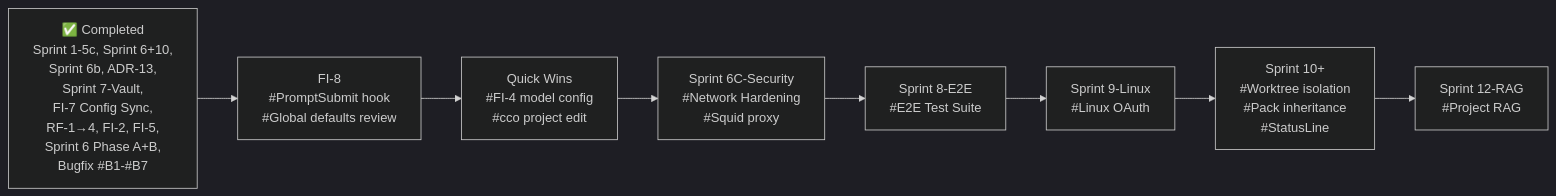
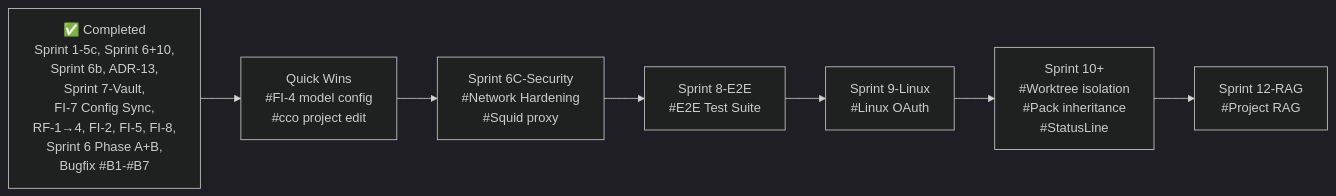
One commit to alergyonthestage/claude-orchestrator changed the diagram in docs/maintainer/decisions/roadmap.md. Above: the diagram before and after it, drawn with Mermaid (dark theme). The commit also changed other lines of this file and 11 other files, not shown here.

First line of the commit message:
feat(hooks): add UserPromptSubmit hook and documentation-first rule (FI-8)

````diff
--- a/docs/maintainer/decisions/roadmap.md
+++ b/docs/maintainer/decisions/roadmap.md
@@ -48,20 +47,18 @@
 ```mermaid
 graph LR
-    DONE["✅ Completed<br/>Sprint 1-5c, Sprint 6+10,<br/>Sprint 6b, ADR-13,<br/>Sprint 7-Vault,<br/>FI-7 Config Sync,<br/>RF-1→4, FI-2, FI-5,<br/>Sprint 6 Phase A+B,<br/>Bugfix #B1-#B7"]
+    DONE["✅ Completed<br/>Sprint 1-5c, Sprint 6+10,<br/>Sprint 6b, ADR-13,<br/>Sprint 7-Vault,<br/>FI-7 Config Sync,<br/>RF-1→4, FI-2, FI-5, FI-8,<br/>Sprint 6 Phase A+B,<br/>Bugfix #B1-#B7"]
 
-    FI8["FI-8<br/>#PromptSubmit hook<br/>#Global defaults review"]
     QW["Quick Wins<br/>#FI-4 model config<br/>#cco project edit"]
     S6S["Sprint 6C-Security<br/>#Network Hardening<br/>#Squid proxy"]
     S8E["Sprint 8-E2E<br/>#E2E Test Suite"]
     S9L["Sprint 9-Linux<br/>#Linux OAuth"]
     S10["Sprint 10+<br/>#Worktree isolation<br/>#Pack inheritance<br/>#StatusLine"]
     S12R["Sprint 12-RAG<br/>#Project RAG"]
 
-    DONE --> FI8
-    FI8 --> QW
+    DONE --> QW
     QW --> S6S
     S6S --> S8E
     S8E --> S9L
     S9L --> S10
     S10 --> S12R
 ```
````
